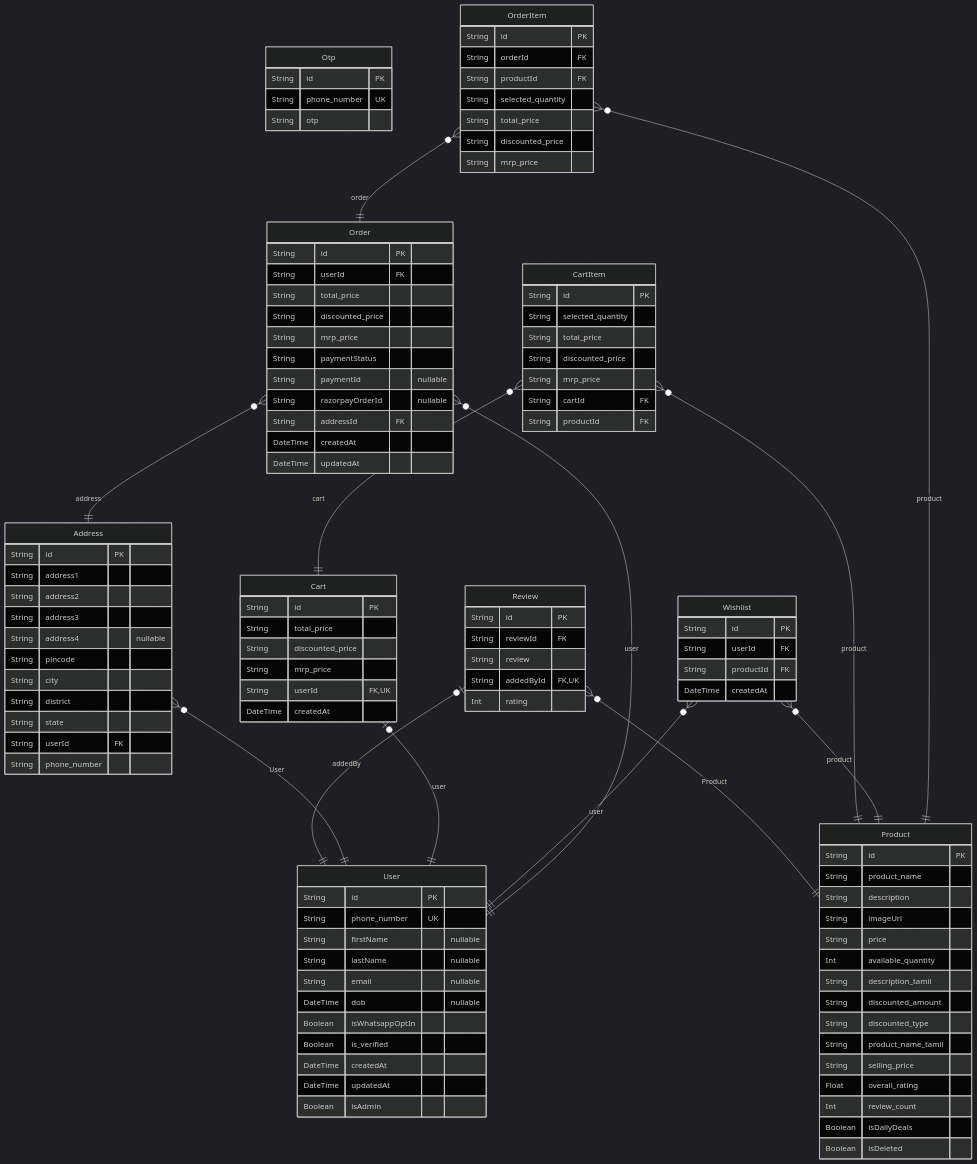
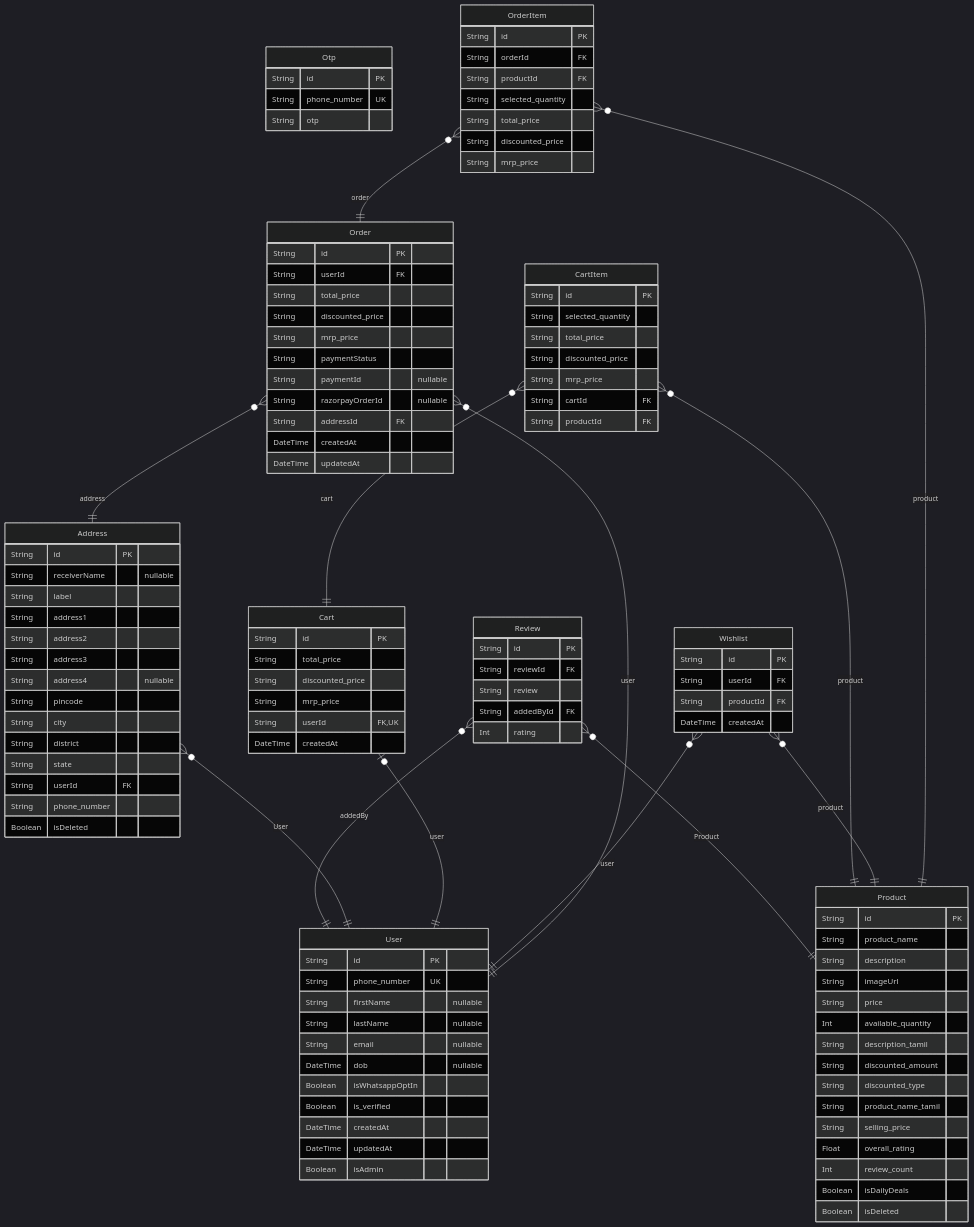
One commit to keerthi6790/futurenature_backend changed the diagram in prisma/prisma.md. Above: the diagram before and after it, drawn with Mermaid (dark theme). The commit also changed other lines of this file and 7 other files, not shown here.

```diff
--- a/prisma/prisma.md
+++ b/prisma/prisma.md
@@ -47,11 +47,13 @@
   String id PK
   String reviewId FK
   String review
-  String addedById FK,UK
+  String addedById FK
   Int rating
 }
 "Address" {
   String id PK
+  String receiverName "nullable"
+  String label
   String address1
   String address2
   String address3
@@ -62,6 +64,7 @@
   String state
   String userId FK
   String phone_number
+  Boolean isDeleted
 }
 "Cart" {
   String id PK
@@ -108,7 +111,7 @@
   String discounted_price
   String mrp_price
 }
-"Review" |o--|| "User" : addedBy
+"Review" }o--|| "User" : addedBy
 "Review" }o--|| "Product" : Product
 "Address" }o--|| "User" : User
 "Cart" |o--|| "User" : user
```
